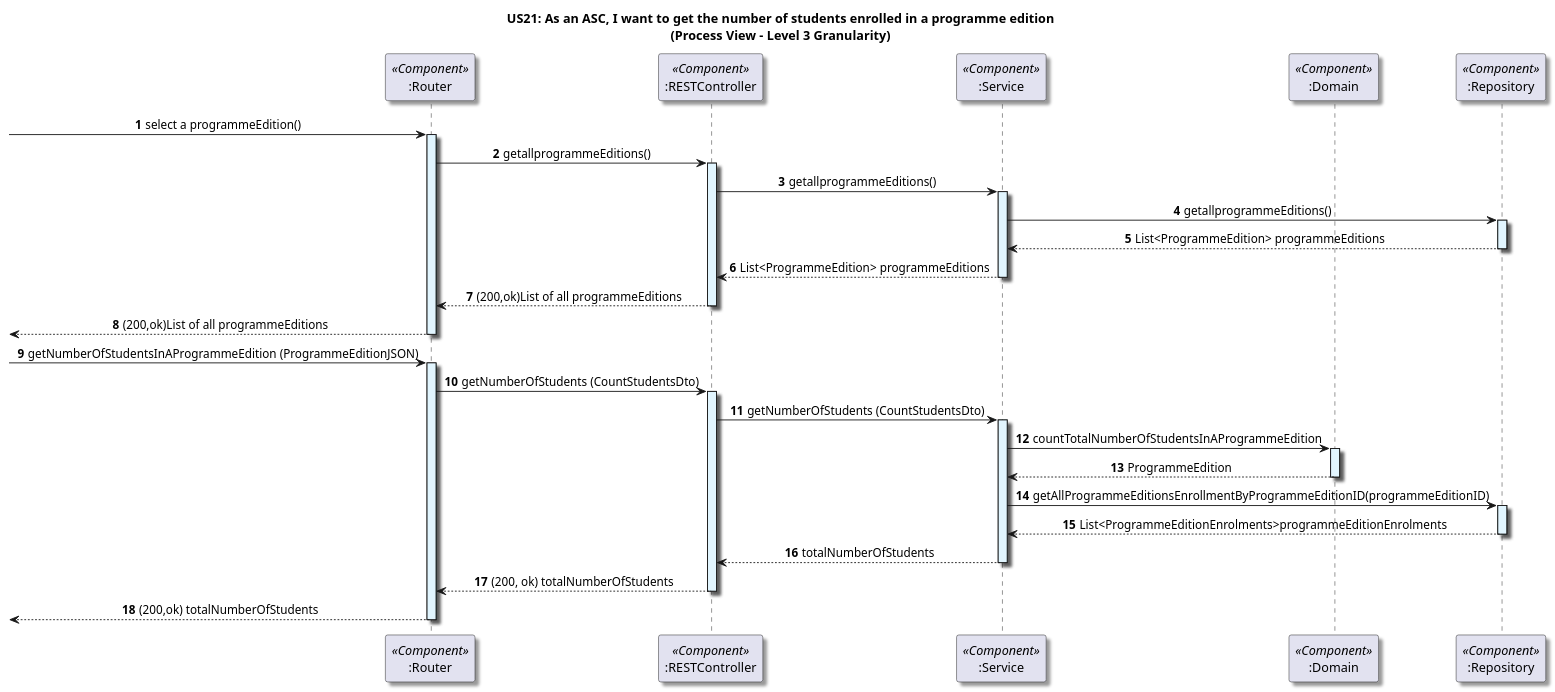
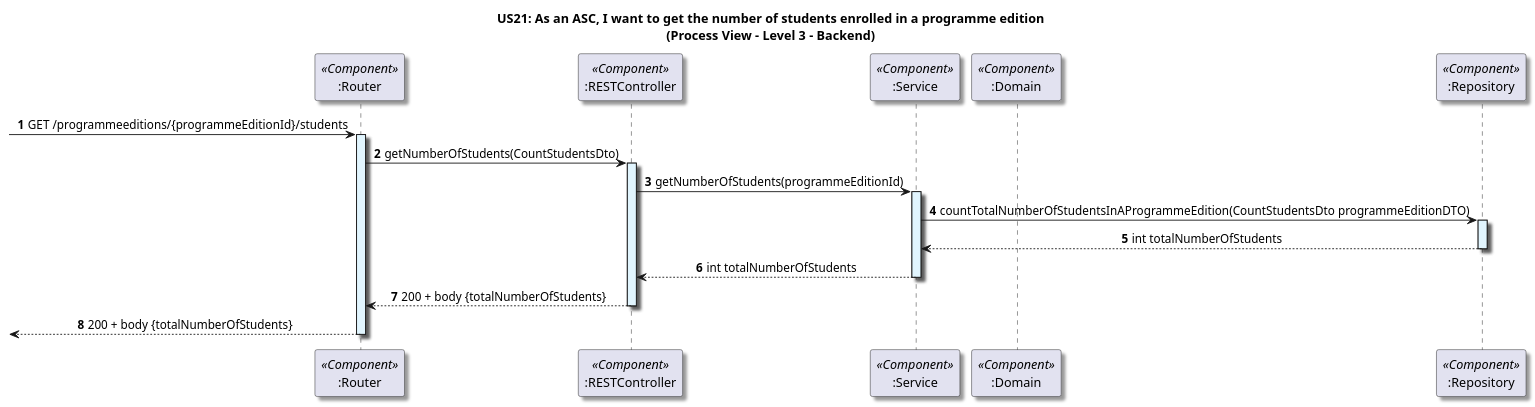
Before and after one commit to GasparISEP/DevOps-PAI: the diagram in docs/US21/Sprint6/ProcessView/Level3Granularity.puml, drawn with PlantUML. The commit also changed 2 other files, not shown here.

Commit message:
Refactor Software Architecture Diagrams related to CountTheNumberOfStudentsInAProgrammeEdition functionality  - closes #663

```diff
--- a/docs/US21/Sprint6/ProcessView/Level3Granularity.puml
+++ b/docs/US21/Sprint6/ProcessView/Level3Granularity.puml
@@ -1,61 +1,41 @@
 @startuml
 
-title US21: As an ASC, I want to get the number of students enrolled in a programme edition\n(Process View - Level 3 Granularity)
+title US21: As an ASC, I want to get the number of students enrolled in a programme edition\n(Process View - Level 3 - Backend)
 
 skinparam defaultTextAlignment center
 skinparam shadowing true
 
 autonumber
 
 participant ":Router" as router <<Component>>
 participant ":RESTController" as controller <<Component>>
 participant ":Service" as service <<Component>>
 participant ":Domain" as domain <<Component>>
 participant ":Repository" as repository <<Component>>
--> router: select a programmeEdition()
-activate router #E1F5FE
-router -> controller :getallprogrammeEditions()
-activate controller#E1F5FE
-controller -> service : getallprogrammeEditions()
-activate service#E1F5FE
-service -> repository:getallprogrammeEditions()
-activate repository#E1F5FE
-repository --> service:List<ProgrammeEdition> programmeEditions
-deactivate repository#E1F5FE
-service --> controller : List<ProgrammeEdition> programmeEditions
-deactivate service
-controller --> router:(200,ok)List of all programmeEditions
-deactivate controller#E1F5FE
-<-- router:(200,ok)List of all programmeEditions
-deactivate router #E1F5FE
--> router: getNumberOfStudentsInAProgrammeEdition (ProgrammeEditionJSON)
+
+-> router: GET /programmeeditions/{programmeEditionId}/students
 activate router #E1F5FE
 
-router -> controller: getNumberOfStudents (CountStudentsDto)
+router -> controller: getNumberOfStudents(CountStudentsDto)
 activate controller #E1F5FE
 
-controller -> service: getNumberOfStudents (CountStudentsDto)
+controller -> service: getNumberOfStudents(programmeEditionId)
 activate service #E1F5FE
 
-service -> domain: countTotalNumberOfStudentsInAProgrammeEdition
-activate domain #E1F5FE
 
-domain --> service: ProgrammeEdition
-deactivate domain
-
-service -> repository: getAllProgrammeEditionsEnrollmentByProgrammeEditionID(programmeEditionID)
+service -> repository: countTotalNumberOfStudentsInAProgrammeEdition(CountStudentsDto programmeEditionDTO)
 activate repository #E1F5FE
 
-repository --> service: List<ProgrammeEditionEnrolments>programmeEditionEnrolments
+repository --> service: int totalNumberOfStudents
 deactivate repository
 
-service --> controller: totalNumberOfStudents
+service --> controller: int totalNumberOfStudents
 deactivate service
 
-controller --> router: (200, ok) totalNumberOfStudents
+controller --> router: 200 + body {totalNumberOfStudents}
 deactivate controller
 
-<-- router: (200,ok) totalNumberOfStudents
+<-- router: 200 + body {totalNumberOfStudents}
 deactivate router
 
 @enduml
```
